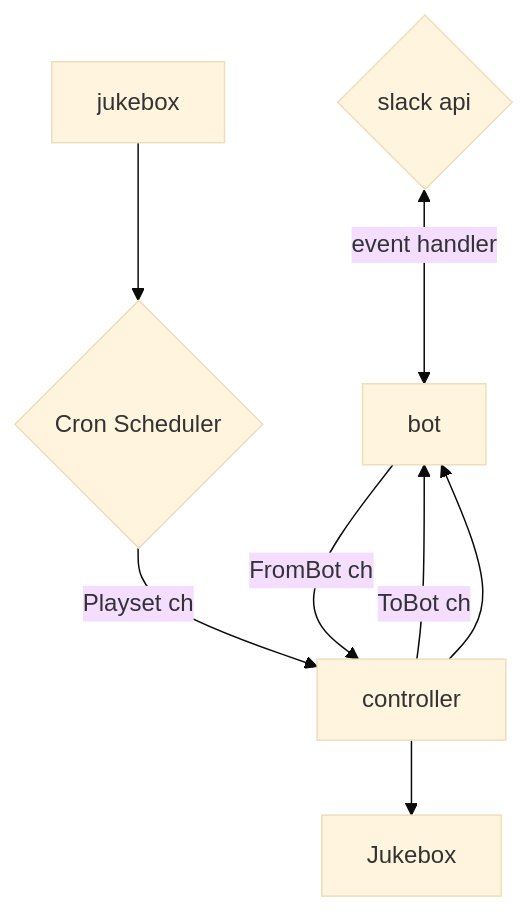
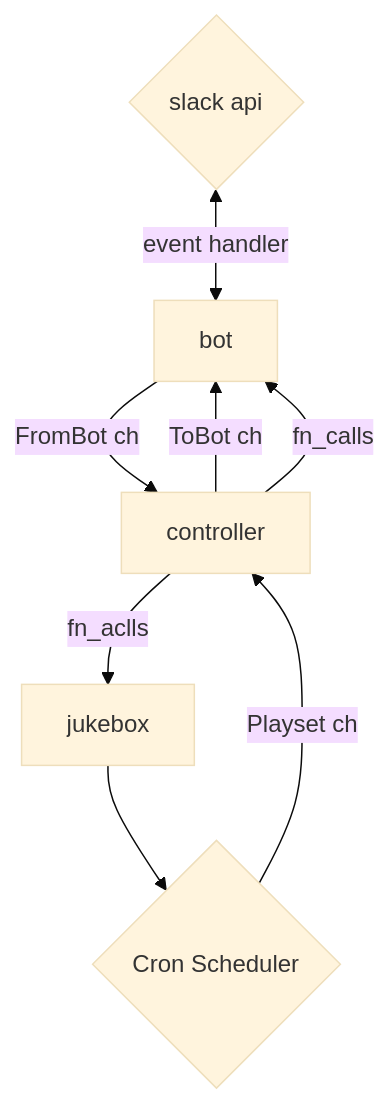
One commit to jdblack/sotd changed the diagram in README.md. Above: the diagram before and after it, drawn with Mermaid (base theme).

Commit message:
add more docs

````diff
--- a/README.md
+++ b/README.md
@@ -130,10 +130,10 @@
 ```mermaid
 graph TD;
    slack{slack api}<-- event handler -->bot
    bot-- FromBot ch --> controller
    controller-- ToBot ch -->bot
-   controller-->Jukebox
-   controller-->bot
+   controller-- fn_aclls -->jukebox
+   controller-- fn_calls -->bot
    jukebox --> cron{Cron Scheduler}
    cron{Cron Scheduler}-- Playset ch -->controller
 ```
````
